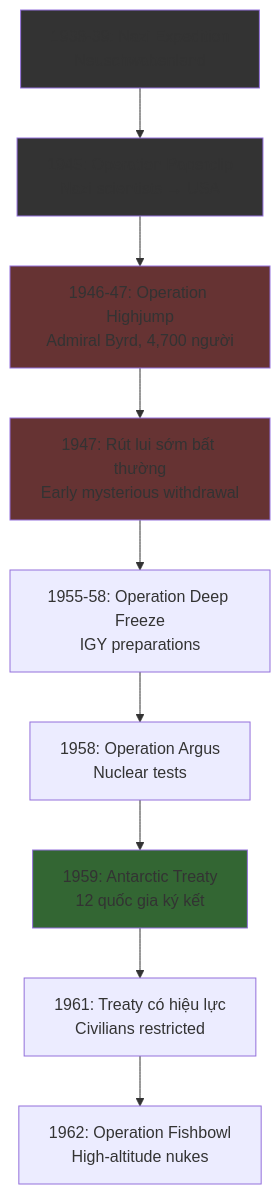
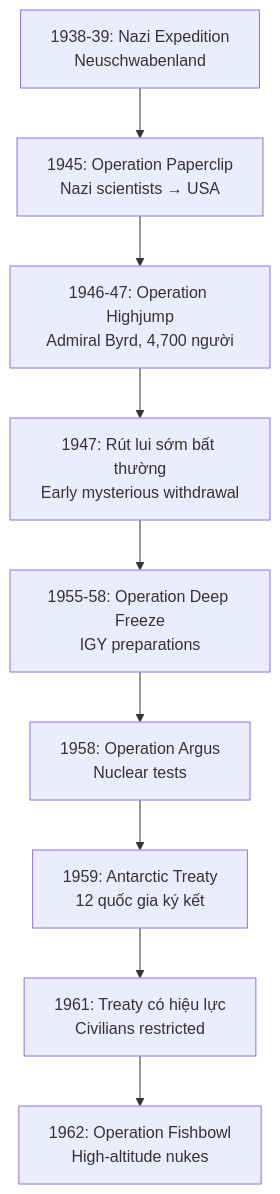
Before and after one commit to dyukahi/knowledge: the first of 4 diagrams in politics-conspiracy/Nam Cực - Bí Mật Được Canh Giữ.md, drawn with Mermaid.

Commit message:
Fix: Remove custom colors from Mermaid diagram in Nam Cuc article

````diff
--- a/politics-conspiracy/Nam Cực - Bí Mật Được Canh Giữ.md
+++ b/politics-conspiracy/Nam Cực - Bí Mật Được Canh Giữ.md
@@ -20,17 +20,11 @@
 ```mermaid
 flowchart TD
     A["1938-39: Nazi Expedition<br>Neuschwabenland"] --> B["1945: Operation Paperclip<br>Nazi scientists → USA"]
     B --> C["1946-47: Operation Highjump<br>Admiral Byrd, 4,700 người"]
     C --> D["1947: Rút lui sớm bất thường<br>Early mysterious withdrawal"]
     D --> E["1955-58: Operation Deep Freeze<br>IGY preparations"]
     E --> F["1958: Operation Argus<br>Nuclear tests"]
     F --> G["1959: Antarctic Treaty<br>12 quốc gia ký kết"]
     G --> H["1961: Treaty có hiệu lực<br>Civilians restricted"]
     H --> I["1962: Operation Fishbowl<br>High-altitude nukes"]
-    
-    style A fill:#333
-    style B fill:#333
-    style C fill:#633
-    style D fill:#633
-    style G fill:#363
 ```
````
